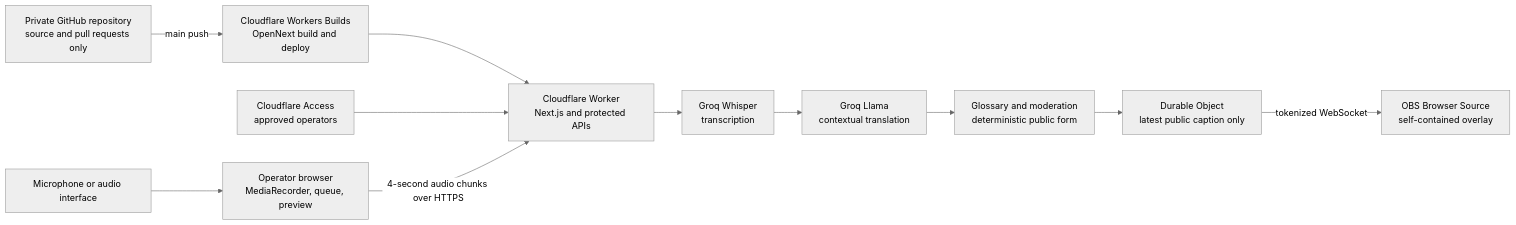
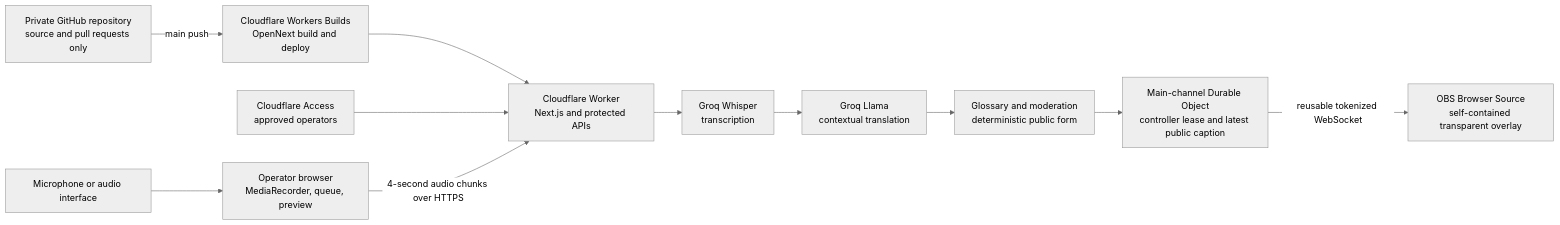
Before and after one commit to variable-hq/caption-studio: the diagram in README.md, drawn with Mermaid (neutral theme). The commit also changed other lines of this file and 23 other files, not shown here.

Commit message:
feat: add reusable OBS channel console

````diff
--- a/README.md
+++ b/README.md
@@ -37,13 +46,13 @@
 ```mermaid
 flowchart LR
   Repo["Private GitHub repository<br/>source and pull requests only"] -->|"main push"| Build["Cloudflare Workers Builds<br/>OpenNext build and deploy"]
   Build --> Worker
   Mic["Microphone or audio interface"] --> Browser["Operator browser<br/>MediaRecorder, queue, preview"]
   Access["Cloudflare Access<br/>approved operators"] --> Worker["Cloudflare Worker<br/>Next.js and protected APIs"]
   Browser -->|"4-second audio chunks over HTTPS"| Worker
   Worker --> Whisper["Groq Whisper<br/>transcription"]
   Whisper --> Translate["Groq Llama<br/>contextual translation"]
   Translate --> Pipeline["Glossary and moderation<br/>deterministic public form"]
-  Pipeline --> Room["Durable Object<br/>latest public caption only"]
-  Room -->|"tokenized WebSocket"| OBS["OBS Browser Source<br/>self-contained overlay"]
+  Pipeline --> Room["Main-channel Durable Object<br/>controller lease and latest public caption"]
+  Room -->|"reusable tokenized WebSocket"| OBS["OBS Browser Source<br/>self-contained transparent overlay"]
 ```
````
